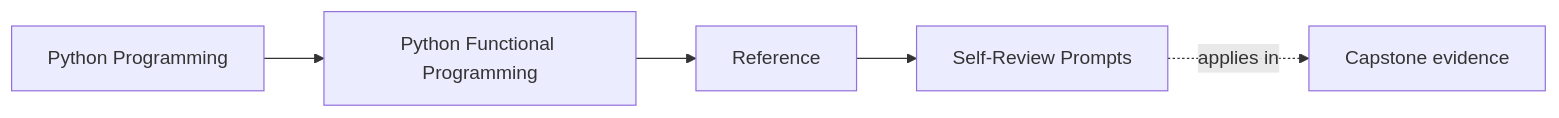
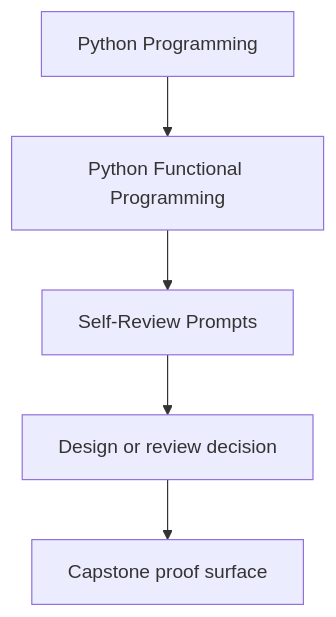
The first of 2 diagrams in programs/python-programming/python-functional-programming/course-book/reference/self-review-prompts.md (bijux/bijux-masterclass), drawn with Mermaid before and after one commit. The commit also changed other lines of this file and 23 other files, not shown here.

Commit message:
docs(python-functional-programming): sharpen guide and reference diagrams

````diff
--- a/programs/python-programming/python-functional-programming/course-book/reference/self-review-prompts.md
+++ b/programs/python-programming/python-functional-programming/course-book/reference/self-review-prompts.md
@@ -7,11 +7,7 @@
 ```mermaid
-graph LR
-  family["Python Programming"]
-  program["Python Functional Programming"]
-  section["Reference"]
-  page["Self-Review Prompts"]
-  capstone["Capstone evidence"]
-
-  family --> program --> section --> page
-  page -.applies in.-> capstone
+flowchart TD
+  family["Python Programming"] --> program["Python Functional Programming"]
+  program --> reference["Self-Review Prompts"]
+  reference --> review["Design or review decision"]
+  review --> capstone["Capstone proof surface"]
 ```
````
